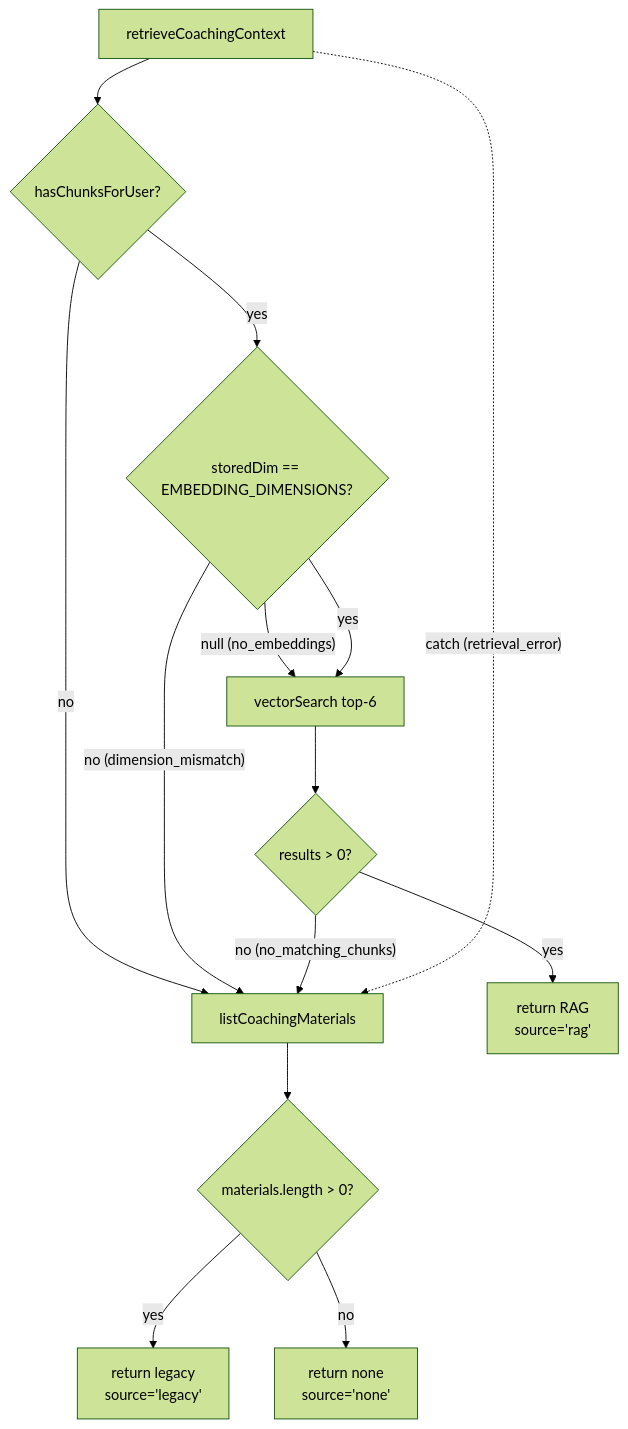
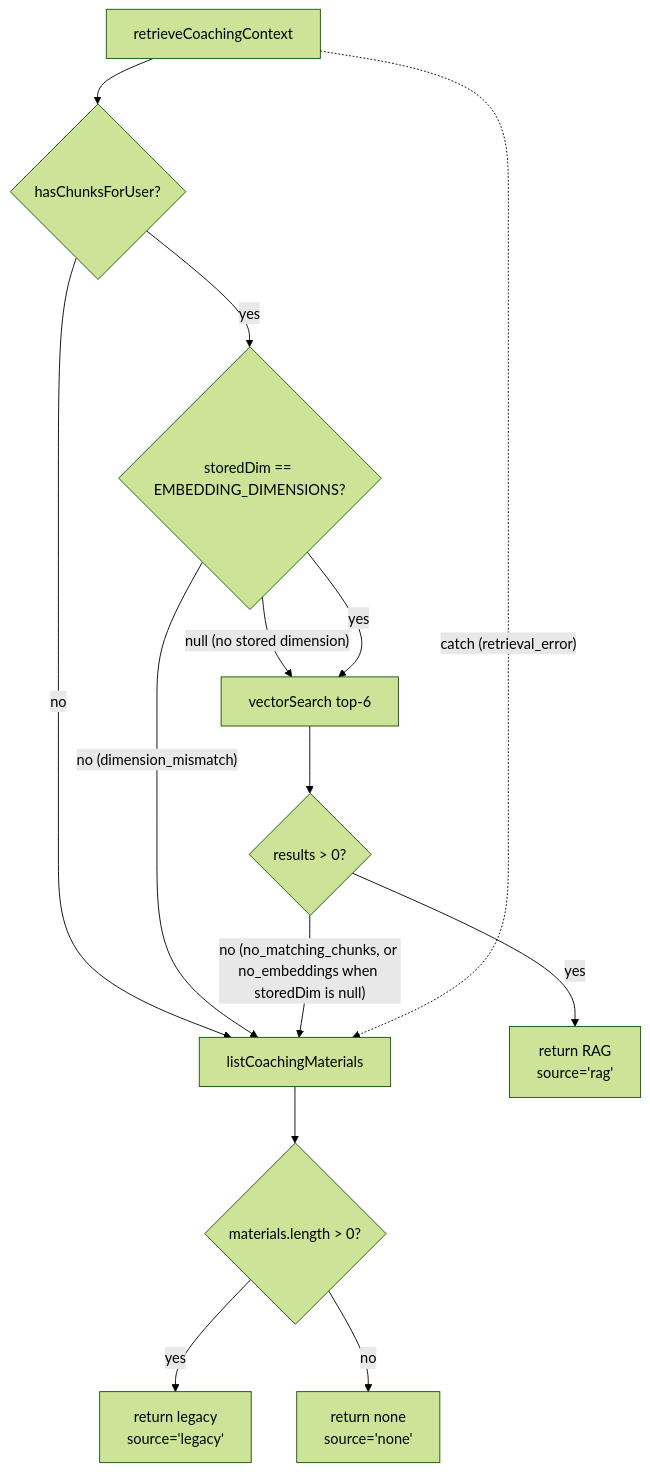
One commit to daler91/Hyrox-Companion changed the diagram in docs/ai-and-rag.md. Above: the diagram before and after it, drawn with Mermaid (forest theme). The commit also changed other lines of this file and 1 other file, not shown here.

````diff
--- a/docs/ai-and-rag.md
+++ b/docs/ai-and-rag.md
@@ -406,16 +425,16 @@
 ```mermaid
 flowchart TD
     A[retrieveCoachingContext] --> B{hasChunksForUser?}
     B -- no --> F[listCoachingMaterials]
     B -- yes --> C{storedDim == EMBEDDING_DIMENSIONS?}
     C -- "no (dimension_mismatch)" --> F
-    C -- "null (no_embeddings)" --> D[vectorSearch top-6]
+    C -- "null (no stored dimension)" --> D[vectorSearch top-6]
     C -- yes --> D
     D --> E{results > 0?}
     E -- yes --> G["return RAG\nsource='rag'"]
-    E -- "no (no_matching_chunks)" --> F
+    E -- "no (no_matching_chunks, or no_embeddings when storedDim is null)" --> F
     F --> H{materials.length > 0?}
     H -- yes --> I["return legacy\nsource='legacy'"]
     H -- no --> J["return none\nsource='none'"]
     A -. "catch (retrieval_error)" .-> F
 ```
````
